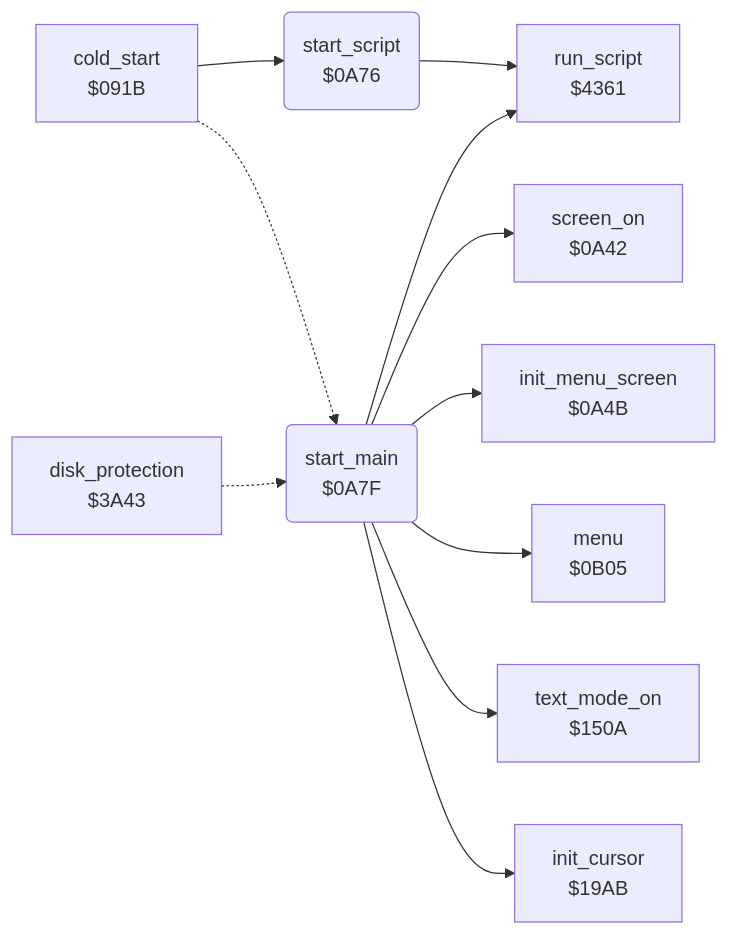
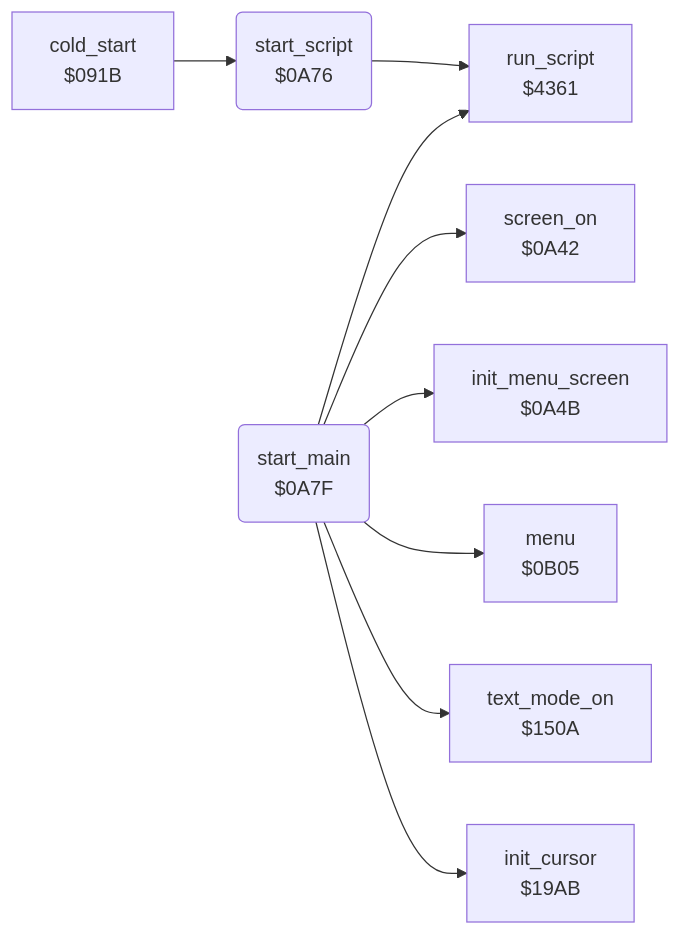
One commit to henols/c64_games changed the diagram in koala_painter/v2/docs/reference/modules/init/start.md. Above: the diagram before and after it, drawn with Mermaid. The commit also changed other lines of this file and 1100 other files, not shown here.

````diff
--- a/koala_painter/v2/docs/reference/modules/init/start.md
+++ b/koala_painter/v2/docs/reference/modules/init/start.md
@@ -10,23 +23,20 @@
 ```mermaid
 flowchart LR
   n091b["cold_start<br/>$091B"]
   n0a42["screen_on<br/>$0A42"]
   n0a4b["init_menu_screen<br/>$0A4B"]
   n0a76("start_script<br/>$0A76")
   n0a7f("start_main<br/>$0A7F")
   n0b05["menu<br/>$0B05"]
   n150a["text_mode_on<br/>$150A"]
   n19ab["init_cursor<br/>$19AB"]
-  n3a43["disk_protection<br/>$3A43"]
   n4361["run_script<br/>$4361"]
   n091b --> n0a76
-  n091b -.-> n0a7f
   n0a76 --> n4361
   n0a7f --> n0a42
   n0a7f --> n0a4b
   n0a7f --> n0b05
   n0a7f --> n150a
   n0a7f --> n19ab
   n0a7f --> n4361
-  n3a43 -.-> n0a7f
 ```
````
